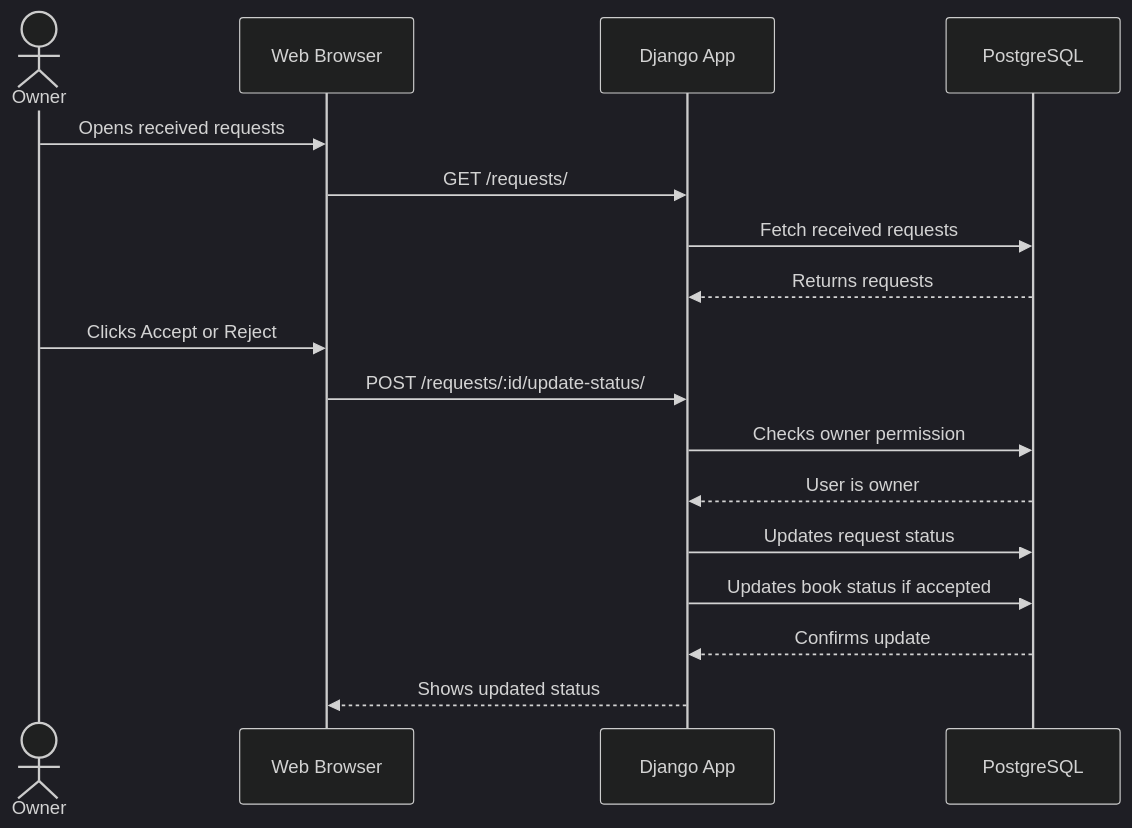
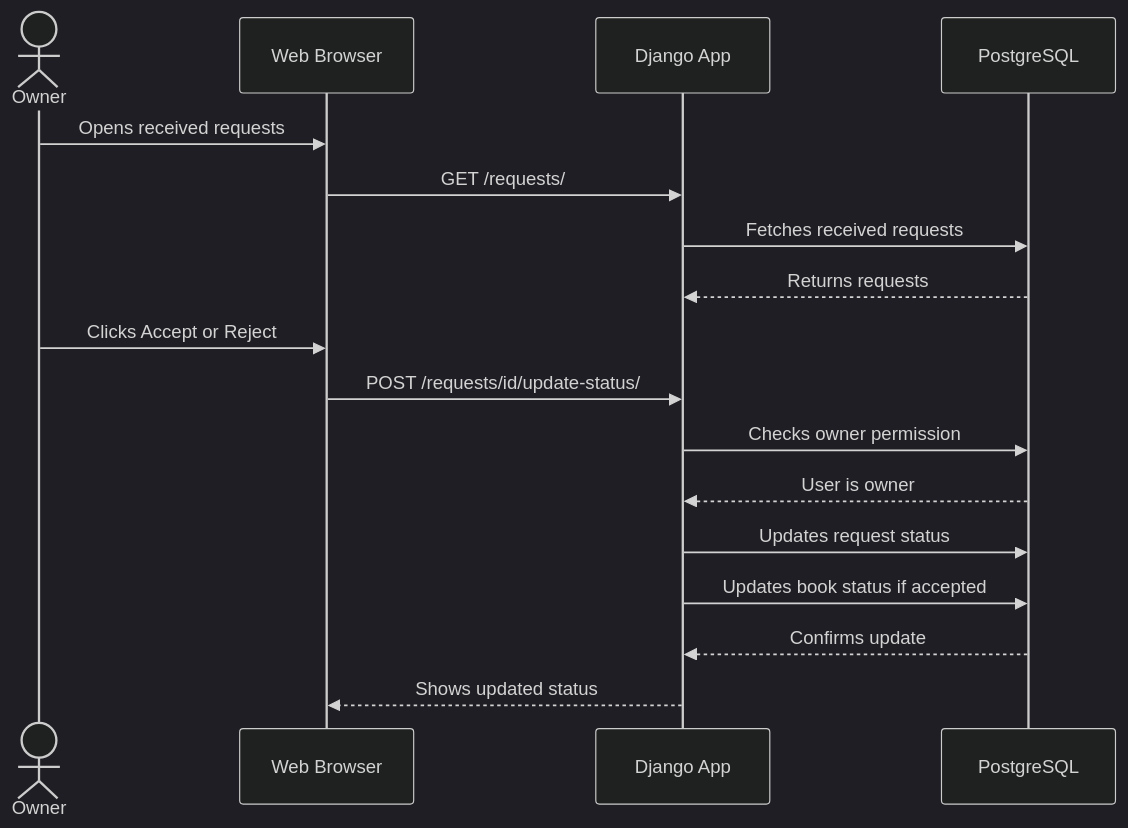
One commit to Handroc/Livract-project changed the seventh of 9 diagrams in README.md. Above: the diagram before and after it, drawn with Mermaid (dark theme). The commit also changed other lines of this file, not shown here.

````diff
--- a/README.md
+++ b/README.md
@@ -584,21 +390,19 @@
 ```mermaid
 sequenceDiagram
     actor Owner
     participant Browser as Web Browser
     participant Django as Django App
     participant DB as PostgreSQL
-
     Owner->>Browser: Opens received requests
     Browser->>Django: GET /requests/
-    Django->>DB: Fetch received requests
+    Django->>DB: Fetches received requests
     DB-->>Django: Returns requests
-
     Owner->>Browser: Clicks Accept or Reject
-    Browser->>Django: POST /requests/:id/update-status/
+    Browser->>Django: POST /requests/id/update-status/
     Django->>DB: Checks owner permission
     DB-->>Django: User is owner
     Django->>DB: Updates request status
     Django->>DB: Updates book status if accepted
     DB-->>Django: Confirms update
     Django-->>Browser: Shows updated status
 ```
````
